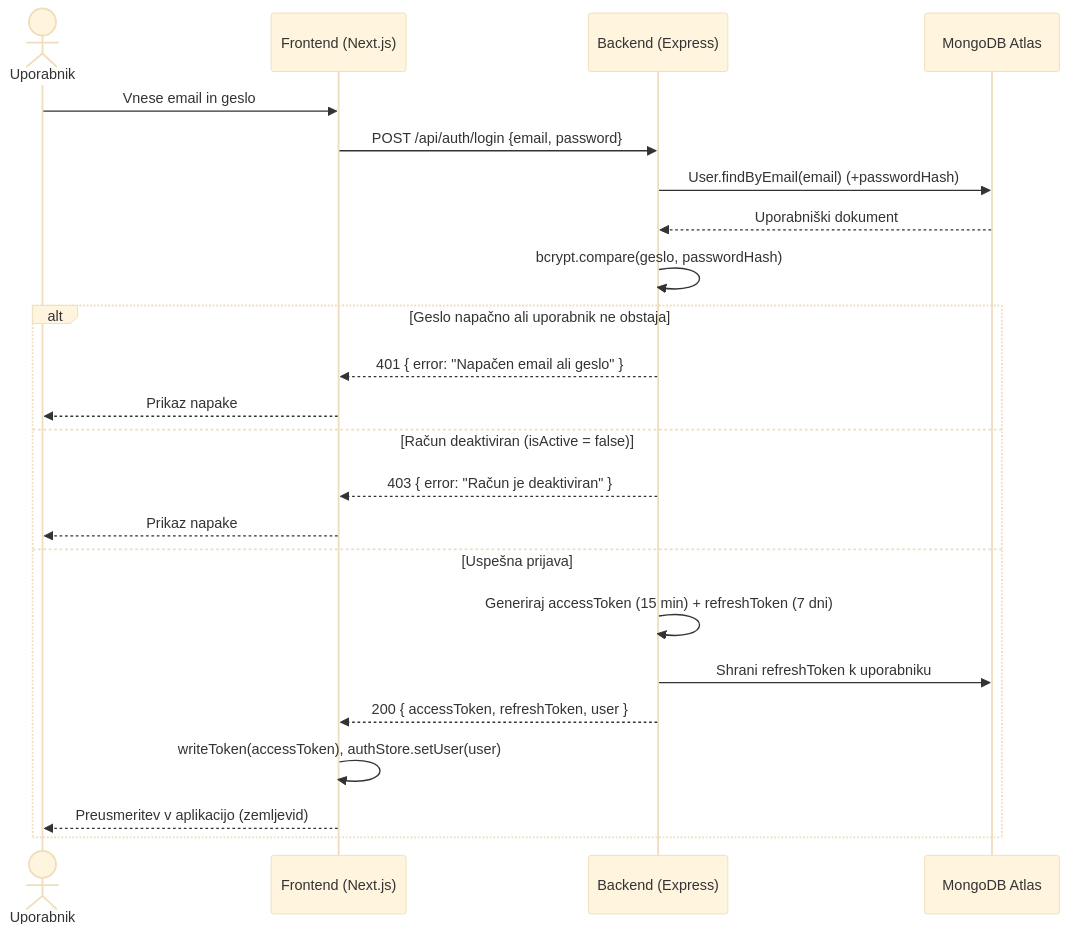
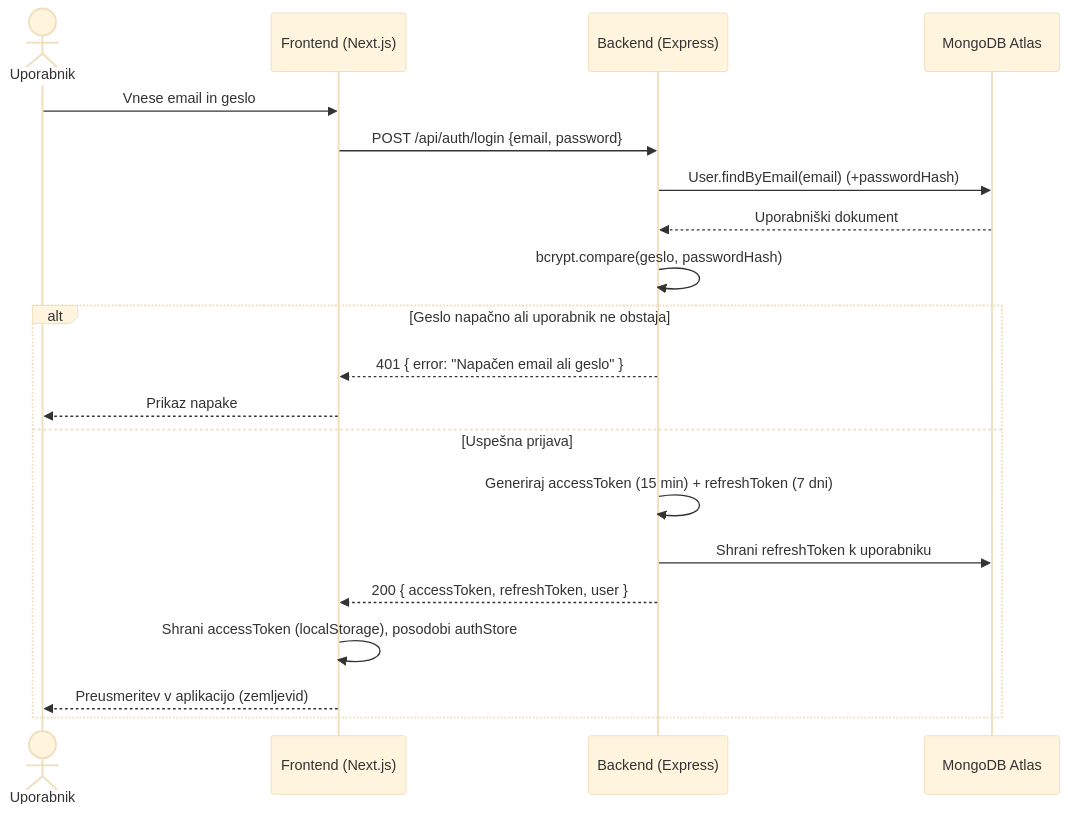
One commit to DropInSlovenia/dokumentacija changed the second of 11 diagrams in DOKUMENTACIJA.md. Above: the diagram before and after it, drawn with Mermaid (base theme). The commit also changed other lines of this file, not shown here.

````diff
--- a/DOKUMENTACIJA.md
+++ b/DOKUMENTACIJA.md
@@ -195,26 +159,23 @@
 ```mermaid
 sequenceDiagram
     actor U as Uporabnik
     participant FE as Frontend (Next.js)
     participant BE as Backend (Express)
     participant DB as MongoDB Atlas
 
     U->>FE: Vnese email in geslo
     FE->>BE: POST /api/auth/login {email, password}
     BE->>DB: User.findByEmail(email) (+passwordHash)
     DB-->>BE: Uporabniški dokument
     BE->>BE: bcrypt.compare(geslo, passwordHash)
     alt Geslo napačno ali uporabnik ne obstaja
         BE-->>FE: 401 { error: "Napačen email ali geslo" }
         FE-->>U: Prikaz napake
-    else Račun deaktiviran (isActive = false)
-        BE-->>FE: 403 { error: "Račun je deaktiviran" }
-        FE-->>U: Prikaz napake
     else Uspešna prijava
         BE->>BE: Generiraj accessToken (15 min) + refreshToken (7 dni)
         BE->>DB: Shrani refreshToken k uporabniku
         BE-->>FE: 200 { accessToken, refreshToken, user }
-        FE->>FE: writeToken(accessToken), authStore.setUser(user)
+        FE->>FE: Shrani accessToken (localStorage), posodobi authStore
         FE-->>U: Preusmeritev v aplikacijo (zemljevid)
     end
 ```
````
